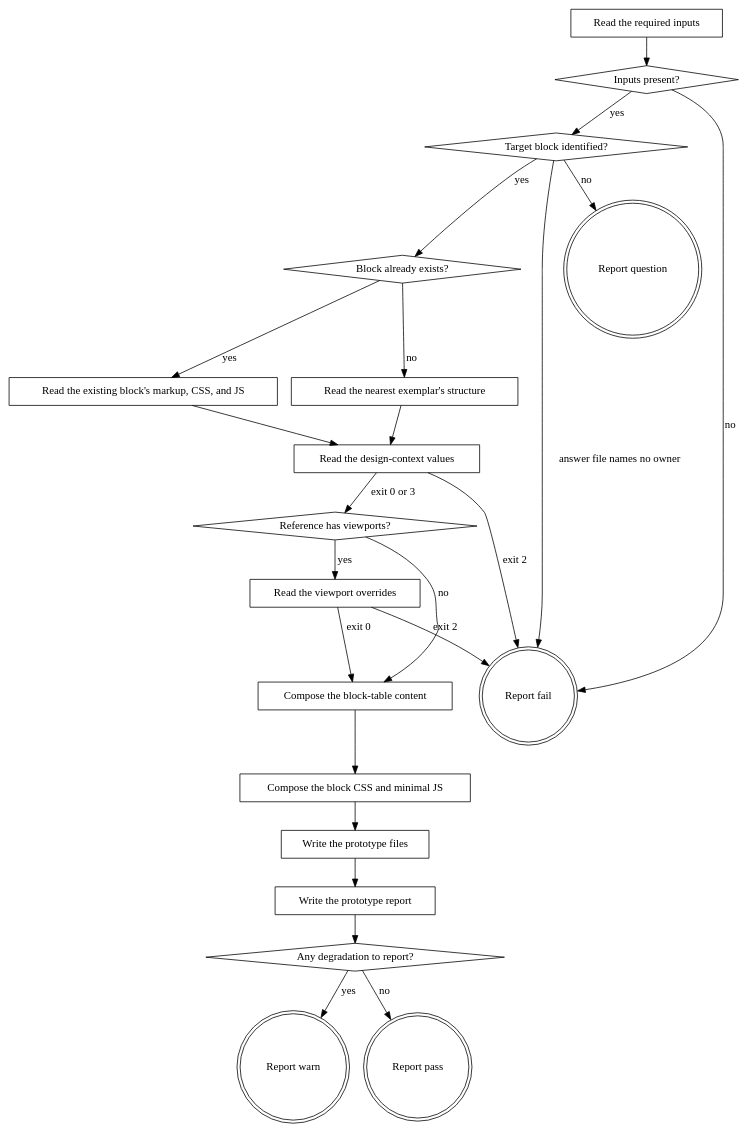
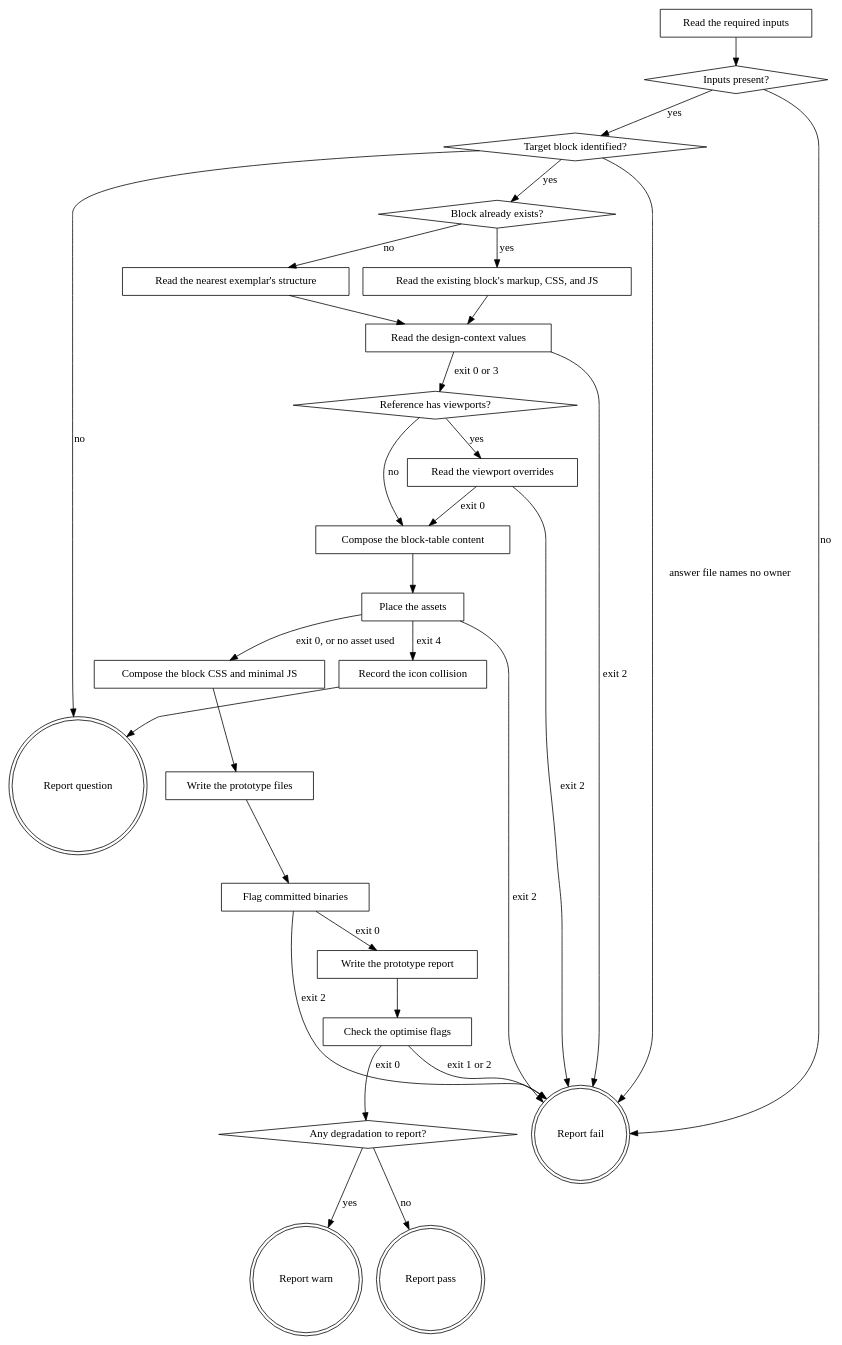
The diagram in plugins/eds/skills/eds-prototype/SKILL.md (agenticDraft/aem-eds-ai-workflow-demo), drawn with Graphviz before and after one commit. The commit also changed other lines of this file, not shown here.

First line of the commit message:
eds-prototype places the assets it uses and flags each committed raster for optimisation

````diff
--- a/plugins/eds/skills/eds-prototype/SKILL.md
+++ b/plugins/eds/skills/eds-prototype/SKILL.md
@@ -45,45 +46,57 @@
 ```dot
 digraph eds_prototype {
     "Read the required inputs" [shape=box];
     "Inputs present?" [shape=diamond];
     "Target block identified?" [shape=diamond];
     "Block already exists?" [shape=diamond];
     "Read the existing block's markup, CSS, and JS" [shape=box];
     "Read the nearest exemplar's structure" [shape=box];
     "Read the design-context values" [shape=box];
     "Reference has viewports?" [shape=diamond];
     "Read the viewport overrides" [shape=box];
     "Compose the block-table content" [shape=box];
+    "Place the assets" [shape=box];
+    "Record the icon collision" [shape=box];
     "Compose the block CSS and minimal JS" [shape=box];
     "Write the prototype files" [shape=box];
+    "Flag committed binaries" [shape=box];
     "Write the prototype report" [shape=box];
+    "Check the optimise flags" [shape=box];
     "Any degradation to report?" [shape=diamond];
     "Report fail" [shape=doublecircle];
     "Report question" [shape=doublecircle];
     "Report warn" [shape=doublecircle];
     "Report pass" [shape=doublecircle];
 
     "Read the required inputs" -> "Inputs present?";
     "Inputs present?" -> "Target block identified?" [label="yes"];
     "Inputs present?" -> "Report fail" [label="no"];
     "Target block identified?" -> "Block already exists?" [label="yes"];
     "Target block identified?" -> "Report question" [label="no"];
     "Target block identified?" -> "Report fail" [label="answer file names no owner"];
     "Block already exists?" -> "Read the existing block's markup, CSS, and JS" [label="yes"];
     "Block already exists?" -> "Read the nearest exemplar's structure" [label="no"];
     "Read the existing block's markup, CSS, and JS" -> "Read the design-context values";
     "Read the nearest exemplar's structure" -> "Read the design-context values";
     "Read the design-context values" -> "Reference has viewports?" [label="exit 0 or 3"];
     "Read the design-context values" -> "Report fail" [label="exit 2"];
     "Reference has viewports?" -> "Read the viewport overrides" [label="yes"];
     "Reference has viewports?" -> "Compose the block-table content" [label="no"];
     "Read the viewport overrides" -> "Compose the block-table content" [label="exit 0"];
     "Read the viewport overrides" -> "Report fail" [label="exit 2"];
-    "Compose the block-table content" -> "Compose the block CSS and minimal JS";
+    "Compose the block-table content" -> "Place the assets";
+    "Place the assets" -> "Compose the block CSS and minimal JS" [label="exit 0, or no asset used"];
+    "Place the assets" -> "Record the icon collision" [label="exit 4"];
+    "Place the assets" -> "Report fail" [label="exit 2"];
+    "Record the icon collision" -> "Report question";
     "Compose the block CSS and minimal JS" -> "Write the prototype files";
-    "Write the prototype files" -> "Write the prototype report";
-    "Write the prototype report" -> "Any degradation to report?";
+    "Write the prototype files" -> "Flag committed binaries";
+    "Flag committed binaries" -> "Write the prototype report" [label="exit 0"];
+    "Flag committed binaries" -> "Report fail" [label="exit 2"];
+    "Write the prototype report" -> "Check the optimise flags";
+    "Check the optimise flags" -> "Any degradation to report?" [label="exit 0"];
+    "Check the optimise flags" -> "Report fail" [label="exit 1 or 2"];
     "Any degradation to report?" -> "Report warn" [label="yes"];
     "Any degradation to report?" -> "Report pass" [label="no"];
 }
 ```
````
